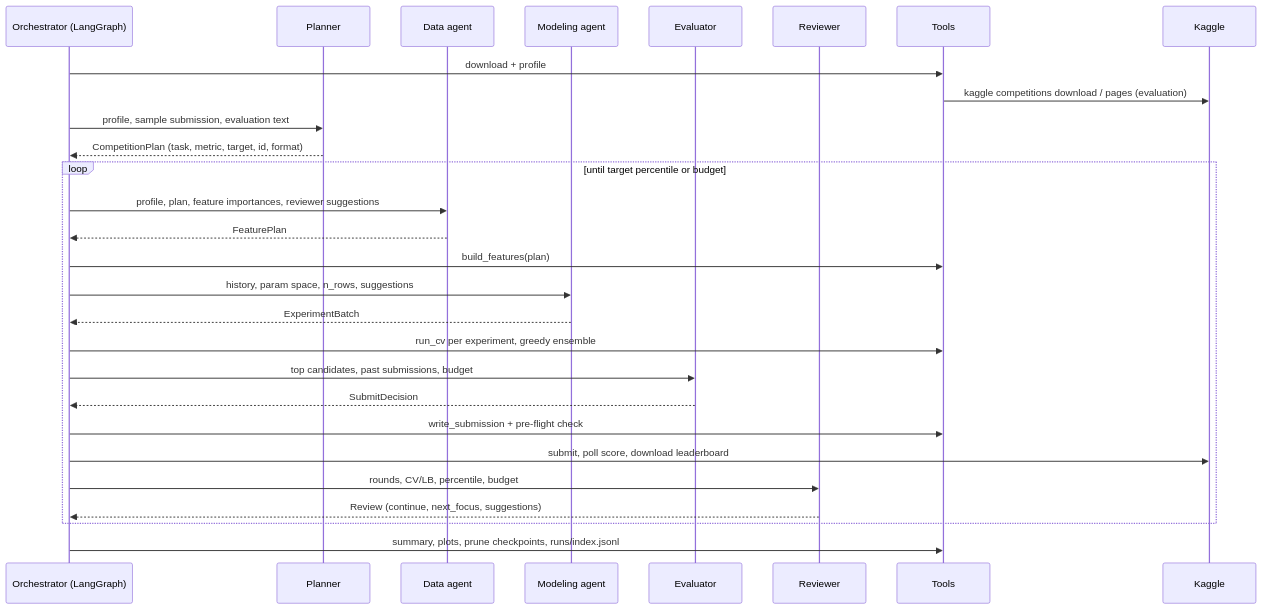
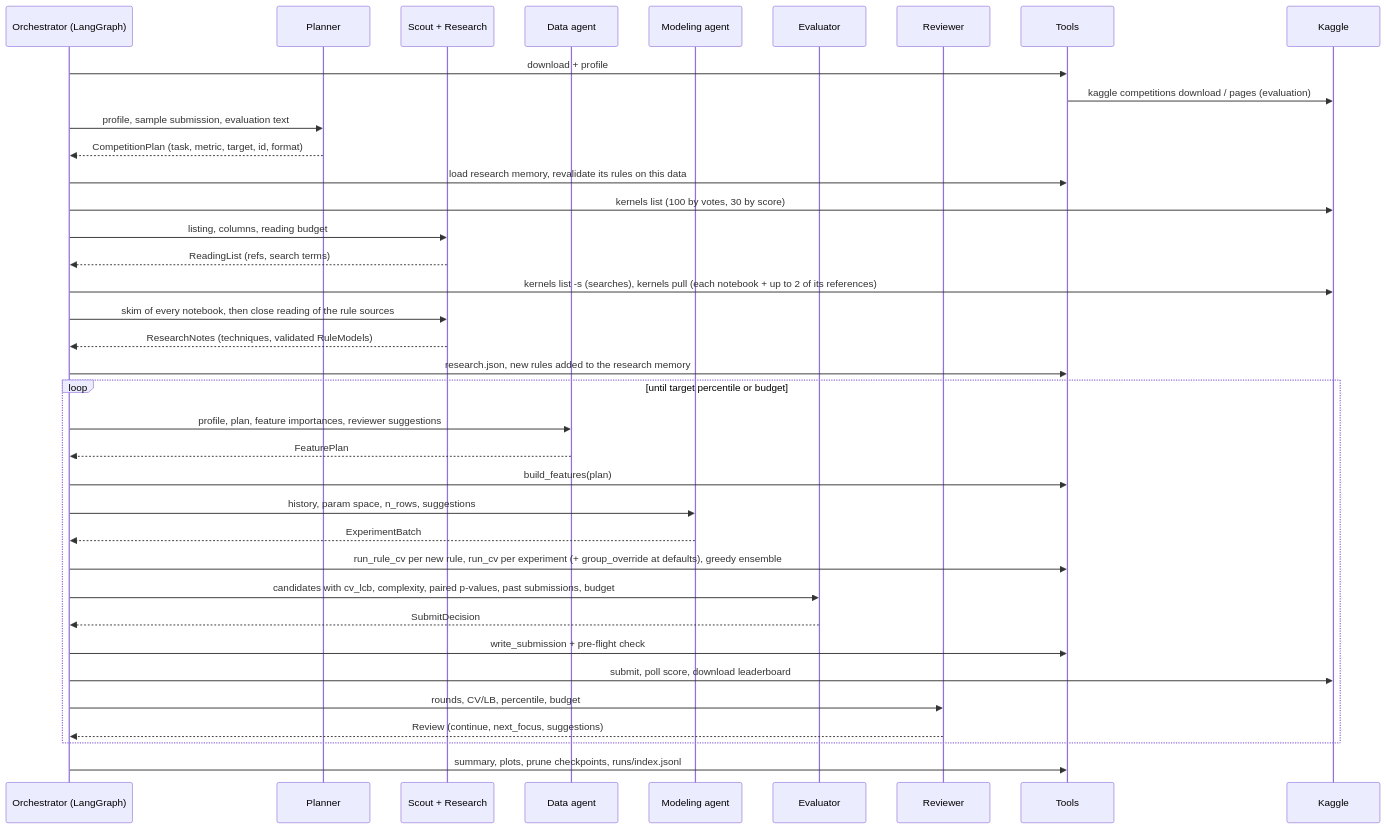
One commit to isakatchau/kaggle-agent-team changed the diagram in docs/ARCHITECTURE.md. Above: the diagram before and after it, drawn with Mermaid. The commit also changed other lines of this file and 1 other file, not shown here.

Commit message:
Docs: README and ARCHITECTURE describe the current code (research agents, rules, memory, selection)

````diff
--- a/docs/ARCHITECTURE.md
+++ b/docs/ARCHITECTURE.md
@@ -5,31 +7,40 @@
 ```mermaid
 sequenceDiagram
     participant O as Orchestrator (LangGraph)
     participant P as Planner
+    participant S as Scout + Research
     participant D as Data agent
     participant M as Modeling agent
     participant E as Evaluator
     participant R as Reviewer
     participant T as Tools
     participant K as Kaggle
 
     O->>T: download + profile
     T->>K: kaggle competitions download / pages (evaluation)
     O->>P: profile, sample submission, evaluation text
     P-->>O: CompetitionPlan (task, metric, target, id, format)
+    O->>T: load research memory, revalidate its rules on this data
+    O->>K: kernels list (100 by votes, 30 by score)
+    O->>S: listing, columns, reading budget
+    S-->>O: ReadingList (refs, search terms)
+    O->>K: kernels list -s (searches), kernels pull (each notebook + up to 2 of its references)
+    O->>S: skim of every notebook, then close reading of the rule sources
+    S-->>O: ResearchNotes (techniques, validated RuleModels)
+    O->>T: research.json, new rules added to the research memory
     loop until target percentile or budget
         O->>D: profile, plan, feature importances, reviewer suggestions
         D-->>O: FeaturePlan
         O->>T: build_features(plan)
         O->>M: history, param space, n_rows, suggestions
         M-->>O: ExperimentBatch
-        O->>T: run_cv per experiment, greedy ensemble
-        O->>E: top candidates, past submissions, budget
+        O->>T: run_rule_cv per new rule, run_cv per experiment (+ group_override at defaults), greedy ensemble
+        O->>E: candidates with cv_lcb, complexity, paired p-values, past submissions, budget
         E-->>O: SubmitDecision
         O->>T: write_submission + pre-flight check
         O->>K: submit, poll score, download leaderboard
         O->>R: rounds, CV/LB, percentile, budget
         R-->>O: Review (continue, next_focus, suggestions)
     end
     O->>T: summary, plots, prune checkpoints, runs/index.jsonl
 ```
````
